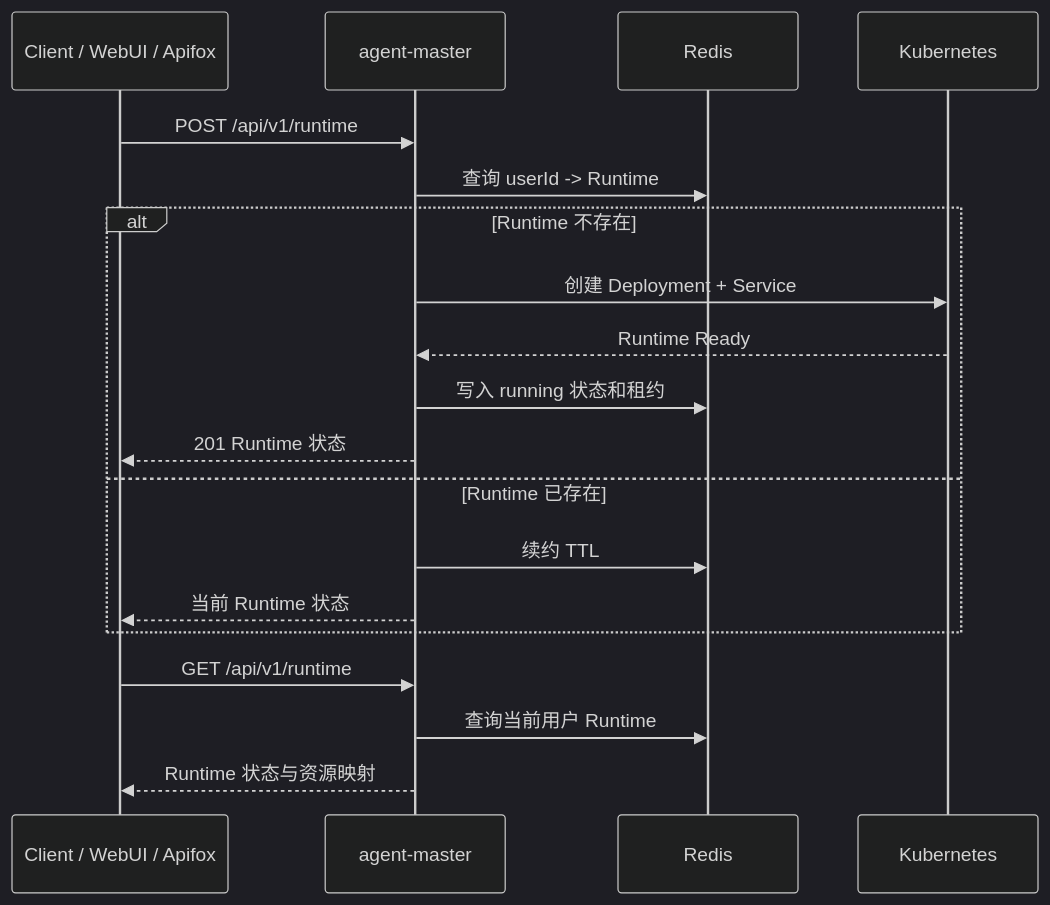
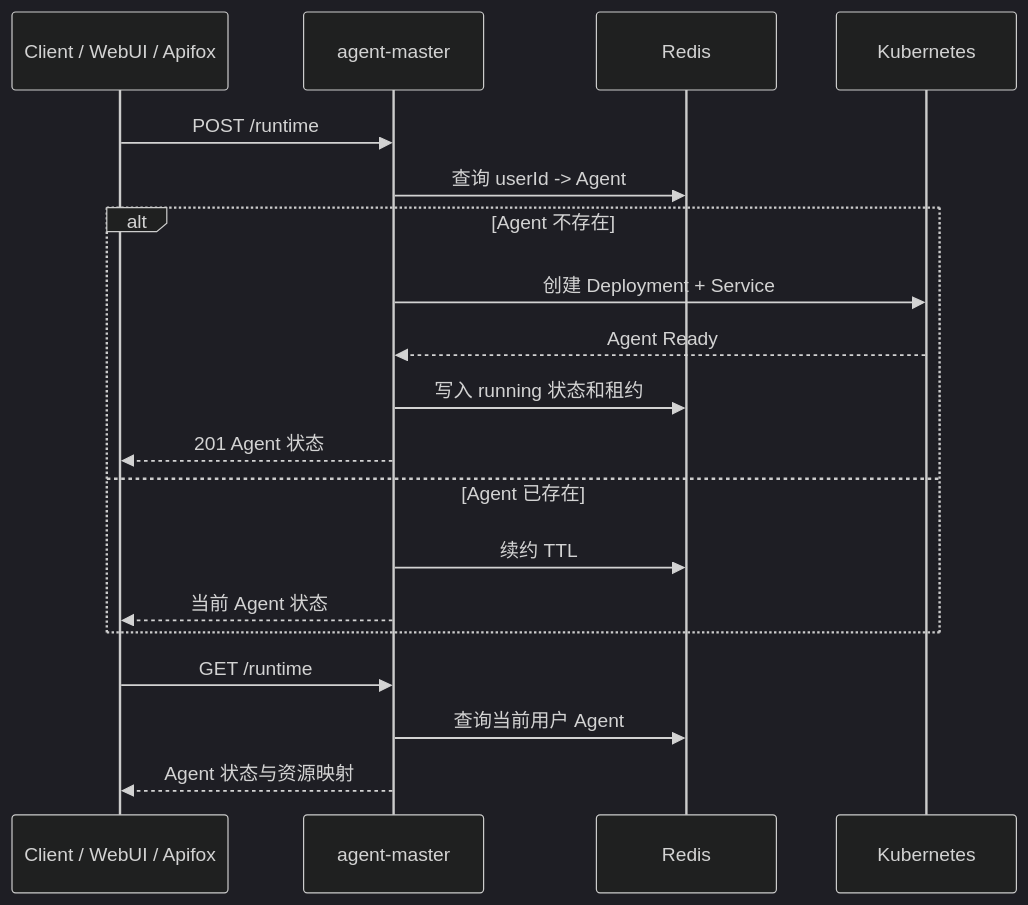
Before and after one commit to ArchAIHarness/agent-master: the first of 5 diagrams in API.md, drawn with Mermaid (dark theme). The commit also changed other lines of this file and 24 other files, not shown here.

Commit message:
fix: restore stable runtime control flow

````diff
--- a/API.md
+++ b/API.md
@@ -62,23 +63,23 @@
 ```mermaid
 sequenceDiagram
     participant Client as Client / WebUI / Apifox
     participant Control as agent-master
     participant Redis as Redis
     participant K8s as Kubernetes
 
-    Client->>Control: POST /api/v1/runtime
-    Control->>Redis: 查询 userId -> Runtime
-    alt Runtime 不存在
+    Client->>Control: POST /runtime
+    Control->>Redis: 查询 userId -> Agent
+    alt Agent 不存在
         Control->>K8s: 创建 Deployment + Service
-        K8s-->>Control: Runtime Ready
+        K8s-->>Control: Agent Ready
         Control->>Redis: 写入 running 状态和租约
-        Control-->>Client: 201 Runtime 状态
-    else Runtime 已存在
+        Control-->>Client: 201 Agent 状态
+    else Agent 已存在
         Control->>Redis: 续约 TTL
-        Control-->>Client: 当前 Runtime 状态
+        Control-->>Client: 当前 Agent 状态
     end
 
-    Client->>Control: GET /api/v1/runtime
-    Control->>Redis: 查询当前用户 Runtime
-    Control-->>Client: Runtime 状态与资源映射
+    Client->>Control: GET /runtime
+    Control->>Redis: 查询当前用户 Agent
+    Control-->>Client: Agent 状态与资源映射
 ```
````
